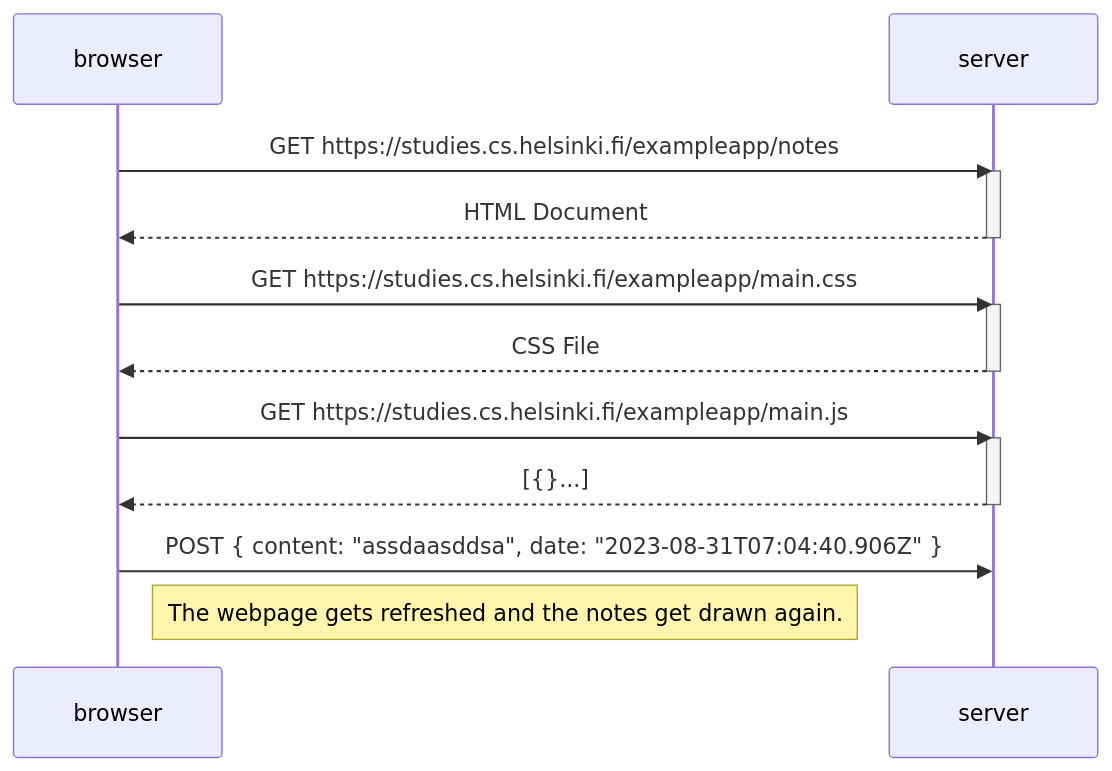
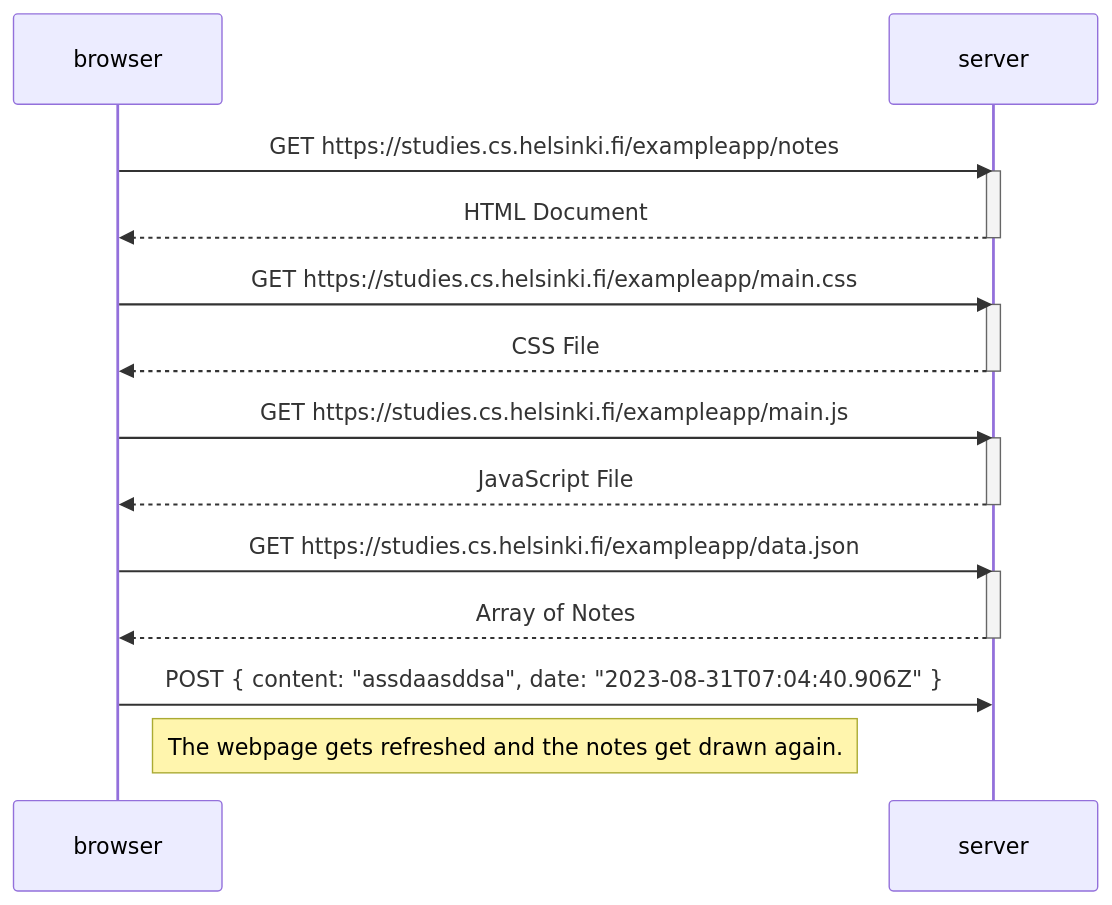
Before and after one commit to valtteriper/FullstackOpen: the diagram in part_0.4.md, drawn with Mermaid.

````diff
--- a/part_0.4.md
+++ b/part_0.4.md
@@ -1,25 +1,30 @@
 ```mermaid
 sequenceDiagram
     participant browser
     participant server
     
     browser->>server: GET https://studies.cs.helsinki.fi/exampleapp/notes
     activate server
     server-->>browser: HTML Document
     deactivate server
 
     browser->>server: GET https://studies.cs.helsinki.fi/exampleapp/main.css
     activate server
     server-->>browser: CSS File
     deactivate server
 
     browser->>server: GET https://studies.cs.helsinki.fi/exampleapp/main.js
     activate server
-    server-->>browser: [{}...]
+    server-->>browser: JavaScript File
+    deactivate server
+
+    browser->>server: GET https://studies.cs.helsinki.fi/exampleapp/data.json
+    activate server
+    server-->>browser: Array of Notes
     deactivate server
 
     browser->>server: POST { content: "assdaasddsa", date: "2023-08-31T07:04:40.906Z" }
 
 Note right of browser: The webpage gets refreshed and the notes get drawn again.
 
 ```
````
